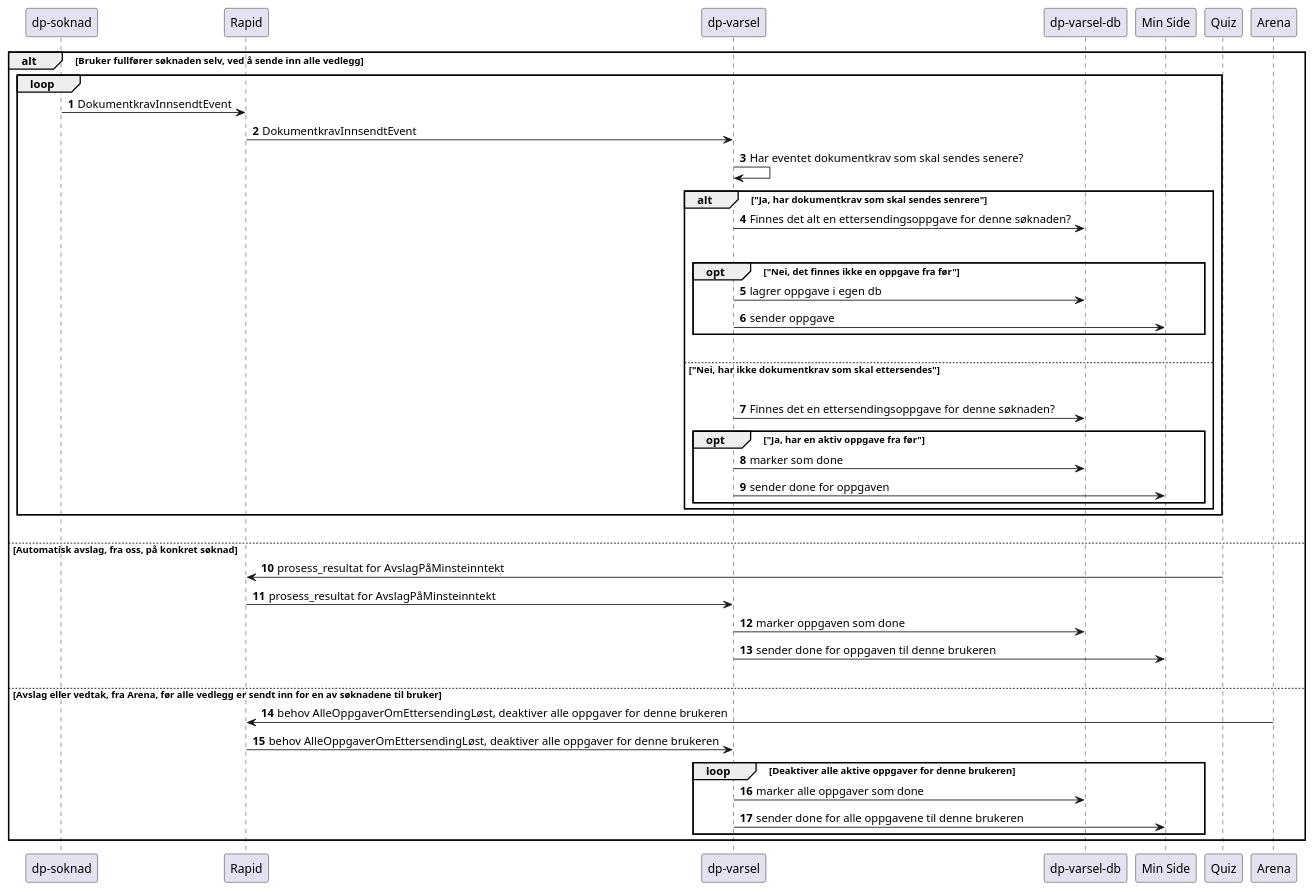
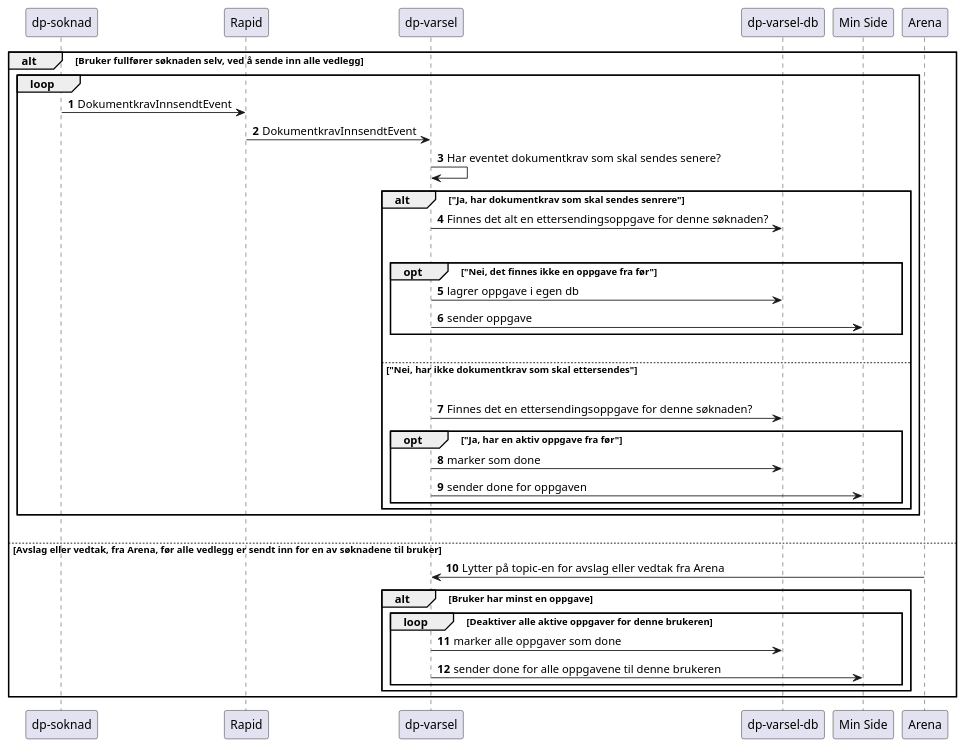
Before and after one commit to navikt/dp-varsel: the diagram in docs/flytForOppgaveVedEttersending.puml, drawn with PlantUML.

Commit message:
Oppdatert sekvensdiagrammet med slik appen faktisk fungerer i dag.
DAG-755

```diff
--- a/docs/flytForOppgaveVedEttersending.puml
+++ b/docs/flytForOppgaveVedEttersending.puml
@@ -1,41 +1,36 @@
 @startuml
 
 autonumber
 alt Bruker fullfører søknaden selv, ved å sende inn alle vedlegg
     loop
         "dp-soknad" -> "Rapid": DokumentkravInnsendtEvent
         "Rapid" -> "dp-varsel": DokumentkravInnsendtEvent
         "dp-varsel" -> "dp-varsel": Har eventet dokumentkrav som skal sendes senere?
         alt "Ja, har dokumentkrav som skal sendes senrere"
             "dp-varsel" -> "dp-varsel-db": Finnes det alt en ettersendingsoppgave for denne søknaden?
             |||
             opt "Nei, det finnes ikke en oppgave fra før"
                 "dp-varsel" -> "dp-varsel-db": lagrer oppgave i egen db
                 "dp-varsel" -> "Min Side": sender oppgave
             end
             |||
         else "Nei, har ikke dokumentkrav som skal ettersendes"
             |||
             "dp-varsel" -> "dp-varsel-db": Finnes det en ettersendingsoppgave for denne søknaden?
             opt "Ja, har en aktiv oppgave fra før"
                 "dp-varsel" -> "dp-varsel-db": marker som done
                 "dp-varsel" -> "Min Side": sender done for oppgaven
             end
         end
     end
 |||
-else Automatisk avslag, fra oss, på konkret søknad
-    "Quiz" -> "Rapid": prosess_resultat for AvslagPåMinsteinntekt
-    "Rapid" -> "dp-varsel": prosess_resultat for AvslagPåMinsteinntekt
-    "dp-varsel" -> "dp-varsel-db": marker oppgaven som done
-    "dp-varsel" -> "Min Side": sender done for oppgaven til denne brukeren
-|||
 else Avslag eller vedtak, fra Arena, før alle vedlegg er sendt inn for en av søknadene til bruker
-    "Arena" -> "Rapid": behov AlleOppgaverOmEttersendingLøst, deaktiver alle oppgaver for denne brukeren
-    "Rapid" -> "dp-varsel": behov AlleOppgaverOmEttersendingLøst, deaktiver alle oppgaver for denne brukeren
-    loop Deaktiver alle aktive oppgaver for denne brukeren
-        "dp-varsel" -> "dp-varsel-db": marker alle oppgaver som done
-        "dp-varsel" -> "Min Side": sender done for alle oppgavene til denne brukeren
+    "Arena" -> "dp-varsel": Lytter på topic-en for avslag eller vedtak fra Arena
+    alt Bruker har minst en oppgave
+        loop Deaktiver alle aktive oppgaver for denne brukeren
+            "dp-varsel" -> "dp-varsel-db": marker alle oppgaver som done
+            "dp-varsel" -> "Min Side": sender done for alle oppgavene til denne brukeren
+        end
     end
 end
 @enduml
```
